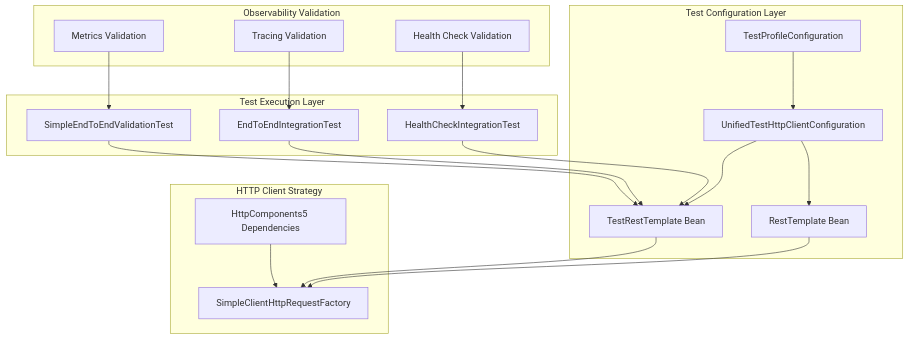
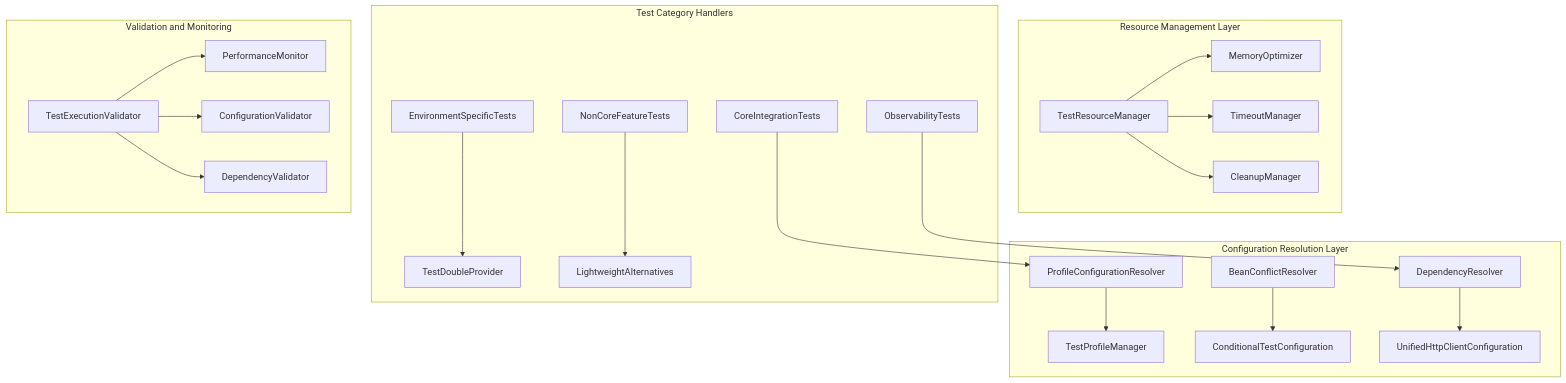
One commit to humank/genai-demo changed the diagram in .kiro/specs/disabled-tests-reactivation/design.md. Above: the diagram before and after it, drawn with Mermaid. The commit also changed other lines of this file and 52 other files, not shown here.

First line of the commit message:
REFACTOR: Comprehensive test infrastructure improvements and disabled tests analysis

````diff
--- a/.kiro/specs/disabled-tests-reactivation/design.md
+++ b/.kiro/specs/disabled-tests-reactivation/design.md
@@ -20,26 +35,27 @@
 ```mermaid
 graph TB
-    subgraph "Test Configuration Layer"
-        A[UnifiedTestHttpClientConfiguration] --> B[TestRestTemplate Bean]
-        A --> C[RestTemplate Bean]
-        D[TestProfileConfiguration] --> A
+    subgraph "Configuration Resolution Layer"
+        A[ProfileConfigurationResolver] --> B[TestProfileManager]
+        C[BeanConflictResolver] --> D[ConditionalTestConfiguration]
+        E[DependencyResolver] --> F[UnifiedHttpClientConfiguration]
     end
     
-    subgraph "HTTP Client Strategy"
-        B --> E[SimpleClientHttpRequestFactory]
-        C --> E
-        F[HttpComponents5 Dependencies] --> E
+    subgraph "Resource Management Layer"
+        G[TestResourceManager] --> H[MemoryOptimizer]
+        G --> I[TimeoutManager]
+        G --> J[CleanupManager]
     end
     
-    subgraph "Test Execution Layer"
-        G[SimpleEndToEndValidationTest] --> B
-        H[EndToEndIntegrationTest] --> B
-        I[HealthCheckIntegrationTest] --> B
+    subgraph "Test Category Handlers"
+        K[CoreIntegrationTests] --> A
+        L[ObservabilityTests] --> E
+        M[EnvironmentSpecificTests] --> N[TestDoubleProvider]
+        O[NonCoreFeatureTests] --> P[LightweightAlternatives]
     end
     
-    subgraph "Observability Validation"
-        J[Metrics Validation] --> G
-        K[Tracing Validation] --> H
-        L[Health Check Validation] --> I
+    subgraph "Validation and Monitoring"
+        Q[TestExecutionValidator] --> R[PerformanceMonitor]
+        Q --> S[ConfigurationValidator]
+        Q --> T[DependencyValidator]
     end
 ```
````
